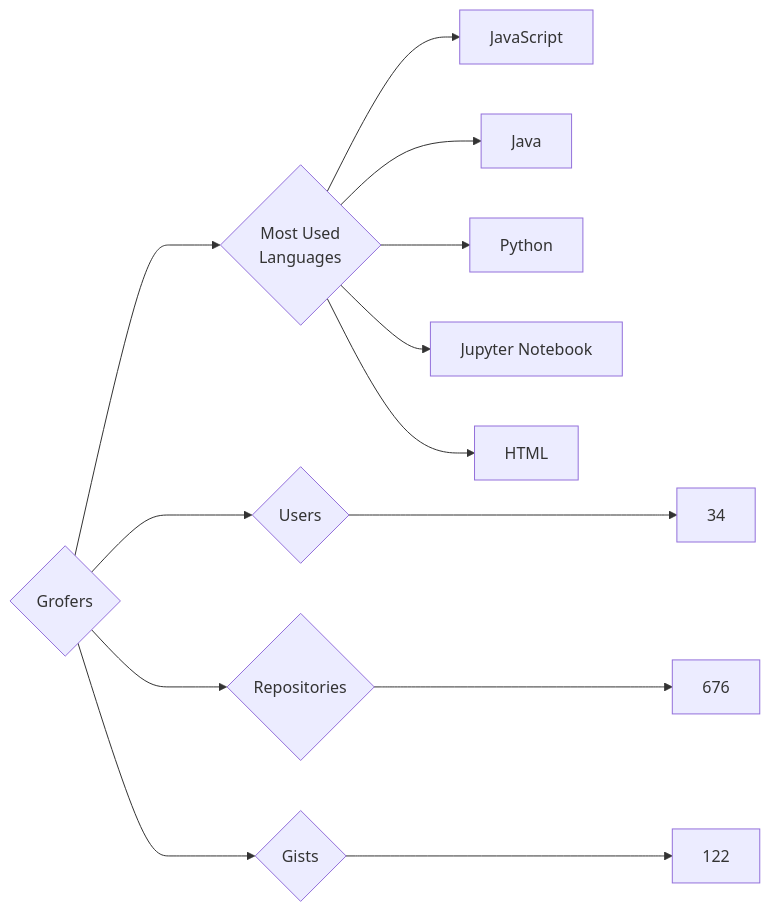
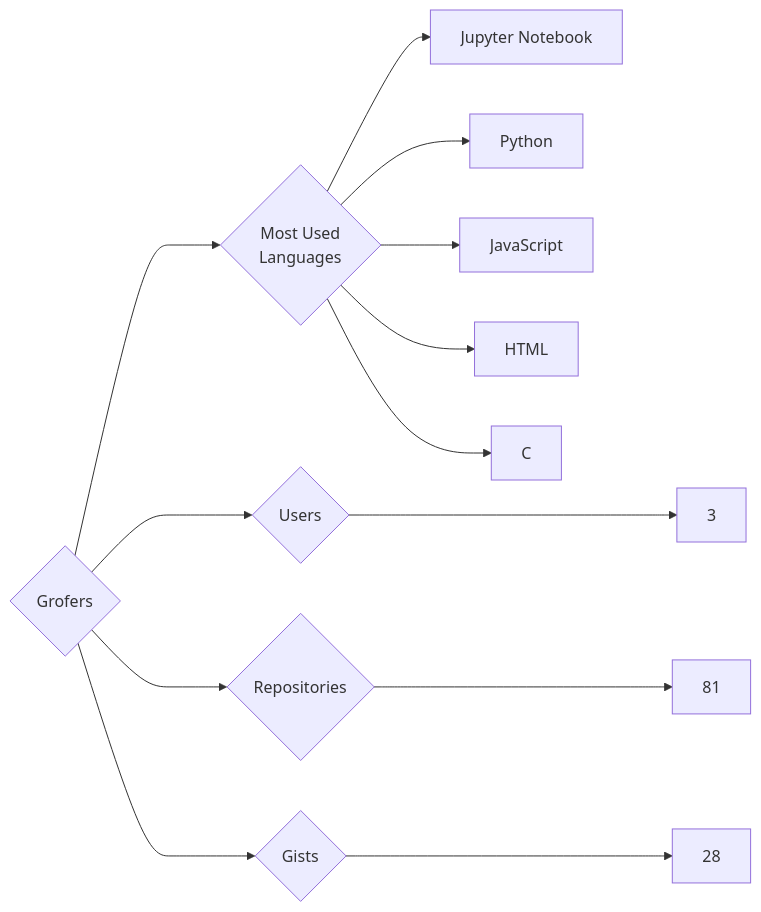
Before and after one commit to trickest/insiders: the diagram in targets/Grofers/README.md, drawn with Mermaid. The commit also changed 1195 other files, not shown here.

````diff
--- a/targets/Grofers/README.md
+++ b/targets/Grofers/README.md
@@ -3,13 +3,13 @@
 ```mermaid
 graph LR
 COMPANY_NAME{Grofers}
-COMPANY_NAME ---> U{Users} ---> UN[34]
-COMPANY_NAME ---> R{Repositories} ---> RN[676]
-COMPANY_NAME ---> G{Gists} ---> GN[122]
+COMPANY_NAME ---> U{Users} ---> UN[3]
+COMPANY_NAME ---> R{Repositories} ---> RN[81]
+COMPANY_NAME ---> G{Gists} ---> GN[28]
 COMPANY_NAME ---> ML{Most Used<br>Languages}
+ML --> Jupyter_Notebook[Jupyter Notebook]
+ML --> Python[Python]
 ML --> JavaScript[JavaScript]
-ML --> Java[Java]
-ML --> Python[Python]
-ML --> Jupyter_Notebook[Jupyter Notebook]
 ML --> HTML[HTML]
+ML --> C[C]
 ```
````
